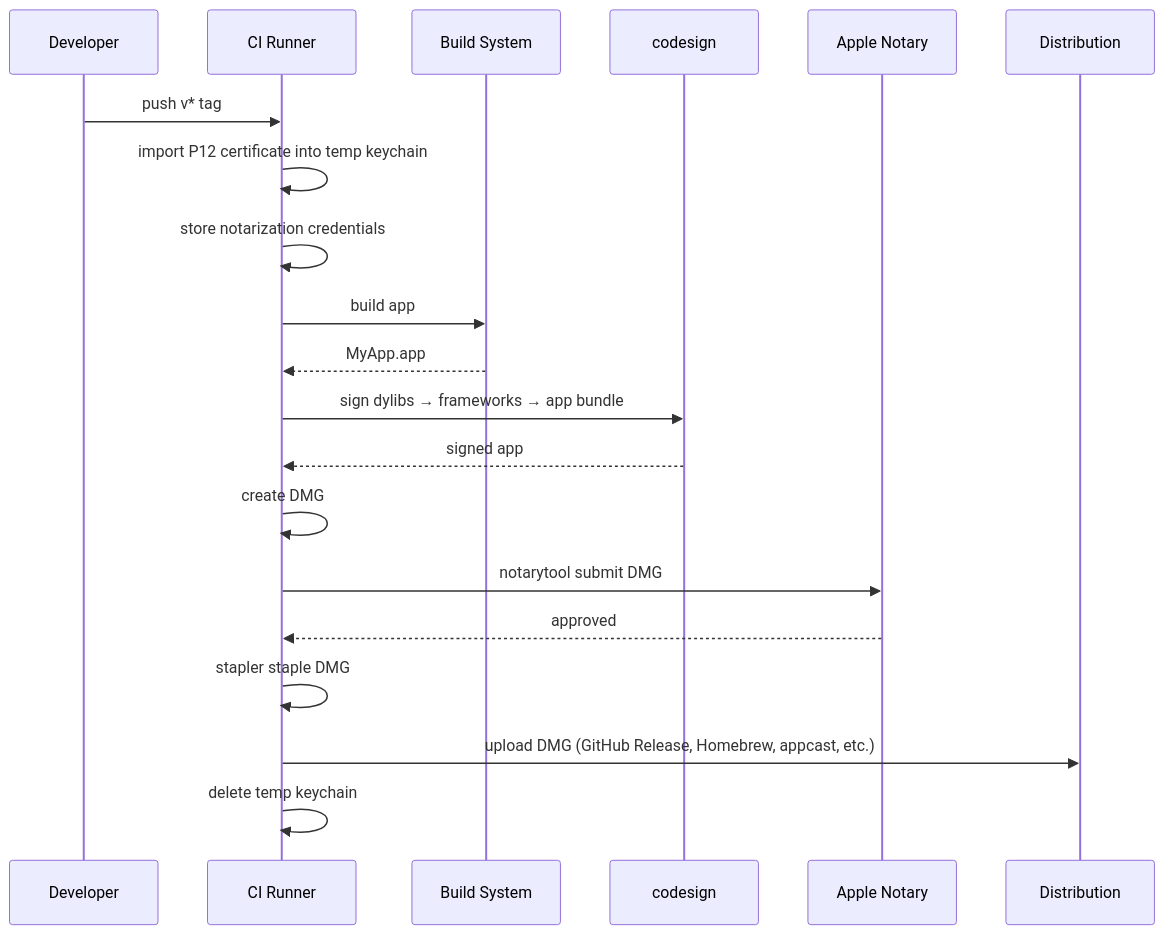
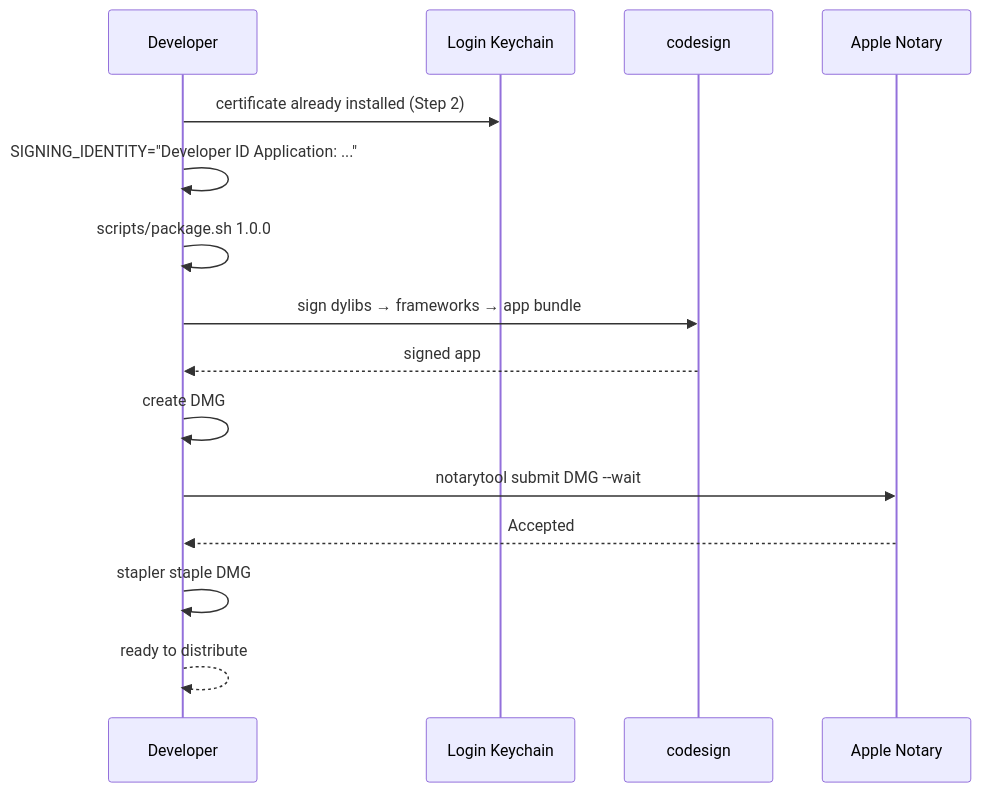
The third of 3 diagrams in docs/code-signing.md (stefanpenner/chirp), drawn with Mermaid before and after one commit. The commit also changed other lines of this file, not shown here.

First line of the commit message:
Expand code-signing doc into comprehensive setup guide

````diff
--- a/docs/code-signing.md
+++ b/docs/code-signing.md
@@ -59,23 +346,18 @@
 ```mermaid
 sequenceDiagram
     participant Dev as Developer
-    participant CI as CI Runner
-    participant Build as Build System
+    participant KC as Login Keychain
     participant CS as codesign
     participant Apple as Apple Notary
-    participant Dist as Distribution
 
-    Dev->>CI: push v* tag
-    CI->>CI: import P12 certificate into temp keychain
-    CI->>CI: store notarization credentials
-    CI->>Build: build app
-    Build-->>CI: MyApp.app
-    CI->>CS: sign dylibs → frameworks → app bundle
-    CS-->>CI: signed app
-    CI->>CI: create DMG
-    CI->>Apple: notarytool submit DMG
-    Apple-->>CI: approved
-    CI->>CI: stapler staple DMG
-    CI->>Dist: upload DMG (GitHub Release, Homebrew, appcast, etc.)
-    CI->>CI: delete temp keychain
+    Dev->>KC: certificate already installed (Step 2)
+    Dev->>Dev: SIGNING_IDENTITY="Developer ID Application: ..."
+    Dev->>Dev: scripts/package.sh 1.0.0
+    Dev->>CS: sign dylibs → frameworks → app bundle
+    CS-->>Dev: signed app
+    Dev->>Dev: create DMG
+    Dev->>Apple: notarytool submit DMG --wait
+    Apple-->>Dev: Accepted
+    Dev->>Dev: stapler staple DMG
+    Dev-->>Dev: ready to distribute
 ```
````
